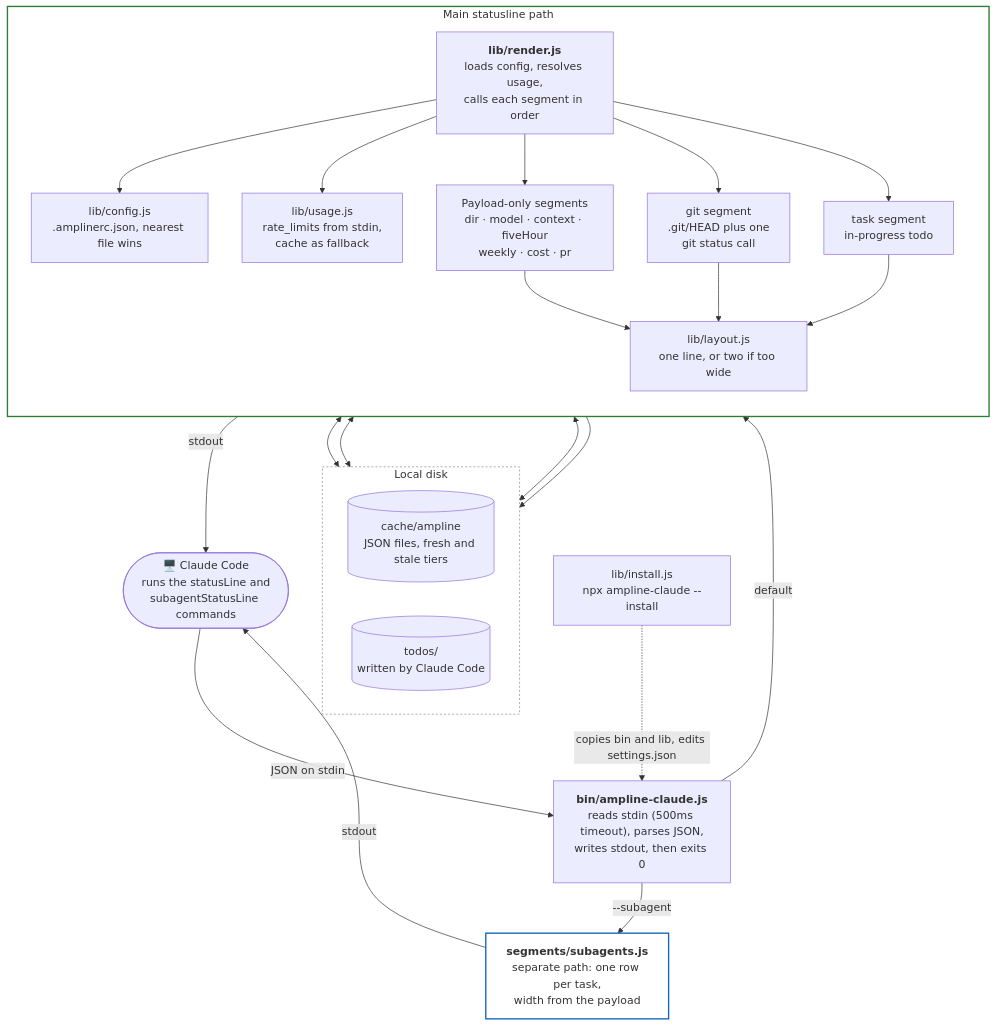
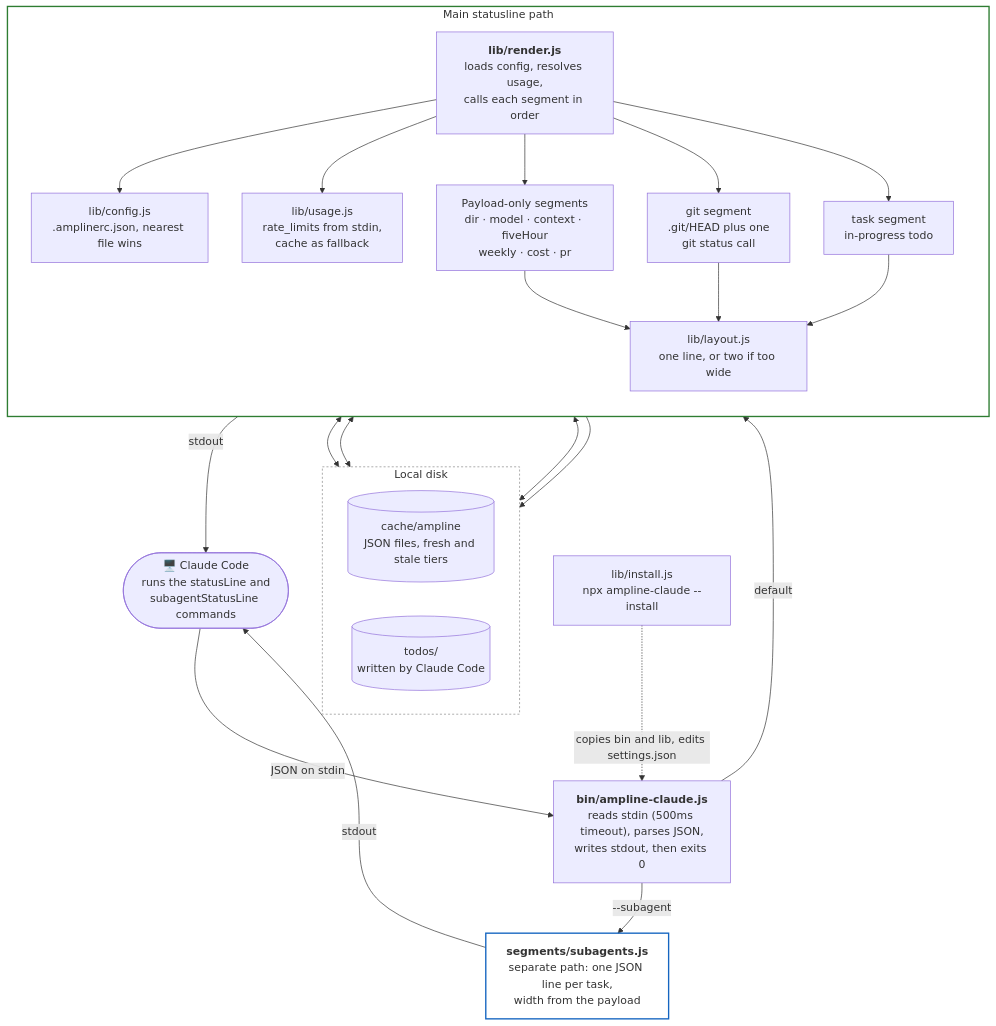
The diagram in diagrams/overview.md (carterptull/ampline-claude), drawn with Mermaid before and after one commit. The commit also changed 6 other files, not shown here.

````diff
--- a/diagrams/overview.md
+++ b/diagrams/overview.md
@@ -8,50 +8,50 @@
 ```mermaid
 flowchart TB
     cc(["🖥️ Claude Code<br/>runs the statusLine and<br/>subagentStatusLine commands"])
 
     bin["<b>bin/ampline-claude.js</b><br/>reads stdin (500ms timeout), parses JSON,<br/>writes stdout, then exits 0"]
 
     subgraph main["Main statusline path"]
         direction TB
         render["<b>lib/render.js</b><br/>loads config, resolves usage,<br/>calls each segment in order"]
         cfg["lib/config.js<br/>.amplinerc.json, nearest file wins"]
         usage["lib/usage.js<br/>rate_limits from stdin,<br/>cache as fallback"]
         pure["Payload-only segments<br/>dir · model · context · fiveHour<br/>weekly · cost · pr"]
         gitseg["git segment<br/>.git/HEAD plus one<br/>git status call"]
         taskseg["task segment<br/>in-progress todo"]
         layout["lib/layout.js<br/>one line, or two if too wide"]
     end
 
-    sub["<b>segments/subagents.js</b><br/>separate path: one row per task,<br/>width from the payload"]
+    sub["<b>segments/subagents.js</b><br/>separate path: one JSON line per task,<br/>width from the payload"]
 
     subgraph disk["Local disk"]
         direction LR
         cache[("cache/ampline<br/>JSON files, fresh and stale tiers")]
         todos[("todos/<br/>written by Claude Code")]
     end
 
     inst["lib/install.js<br/>npx ampline-claude --install"]
 
     cc -->|"JSON on stdin"| bin
     bin -->|"default"| render
     bin -->|"--subagent"| sub
     render --> cfg
     render --> usage
     render --> pure
     render --> gitseg
     render --> taskseg
     pure --> layout
     gitseg --> layout
     taskseg --> layout
     usage <--> cache
     gitseg <--> cache
     taskseg <--> cache
     taskseg --> todos
     layout -->|"stdout"| cc
     sub -->|"stdout"| cc
     inst -.->|"copies bin and lib, edits settings.json"| bin
 
     style main fill:transparent,stroke:#2E7D32,stroke-width:2px
     style disk fill:transparent,stroke:#888,stroke-width:1px,stroke-dasharray: 3 3
     style sub fill:transparent,stroke:#1565C0,stroke-width:2px
 ```
````
